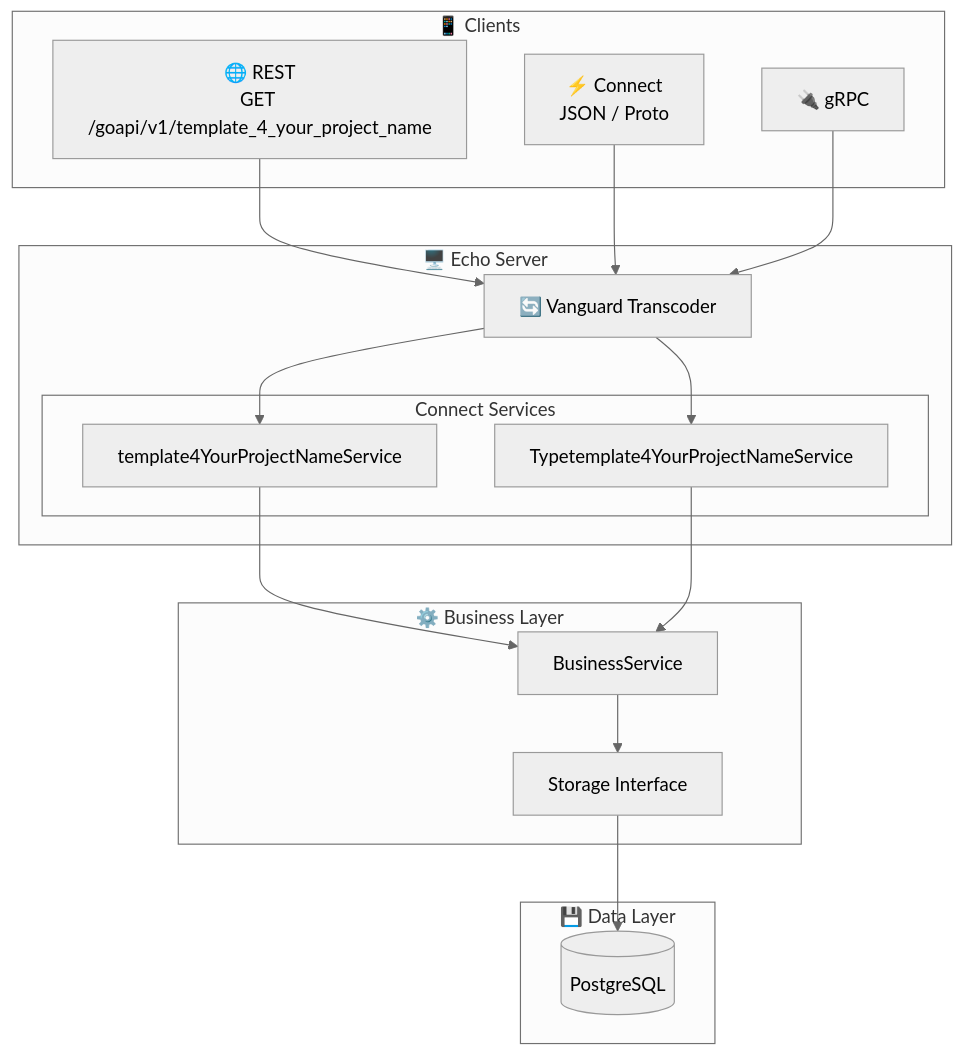
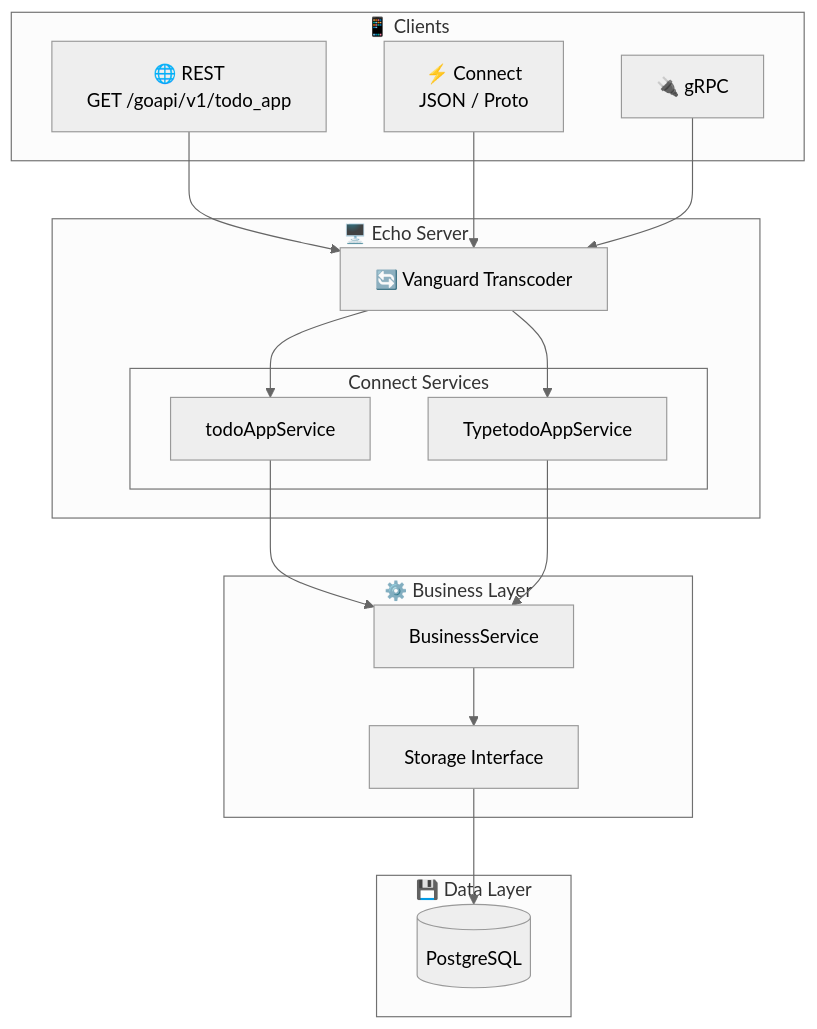
One commit to lao-tseu-is-alive/go-cloud-k8s-todo changed the diagram in README.md. Above: the diagram before and after it, drawn with Mermaid (neutral theme). The commit also changed other lines of this file and 63 other files, not shown here.

````diff
--- a/README.md
+++ b/README.md
@@ -28,35 +28,35 @@
 ```mermaid
 graph TB
     subgraph Clients["📱 Clients"]
-        REST["🌐 REST<br/>GET /goapi/v1/template_4_your_project_name"]
+        REST["🌐 REST<br/>GET /goapi/v1/todo_app"]
         CONNECT["⚡ Connect<br/>JSON / Proto"]
         GRPC["🔌 gRPC"]
     end
     
     subgraph Server["🖥️ Echo Server"]
         VG["🔄 Vanguard Transcoder"]
         subgraph Services["Connect Services"]
-            TS["template4YourProjectNameService"]
-            TTS["Typetemplate4YourProjectNameService"]
+            TS["todoAppService"]
+            TTS["TypetodoAppService"]
         end
     end
     
     subgraph Core["⚙️ Business Layer"]
         BS["BusinessService"]
         ST["Storage Interface"]
     end
     
     subgraph Data["💾 Data Layer"]
         PG[(PostgreSQL)]
     end
     
     REST --> VG
     CONNECT --> VG
     GRPC --> VG
     VG --> TS
     VG --> TTS
     TS --> BS
     TTS --> BS
     BS --> ST
     ST --> PG
 ```
````
